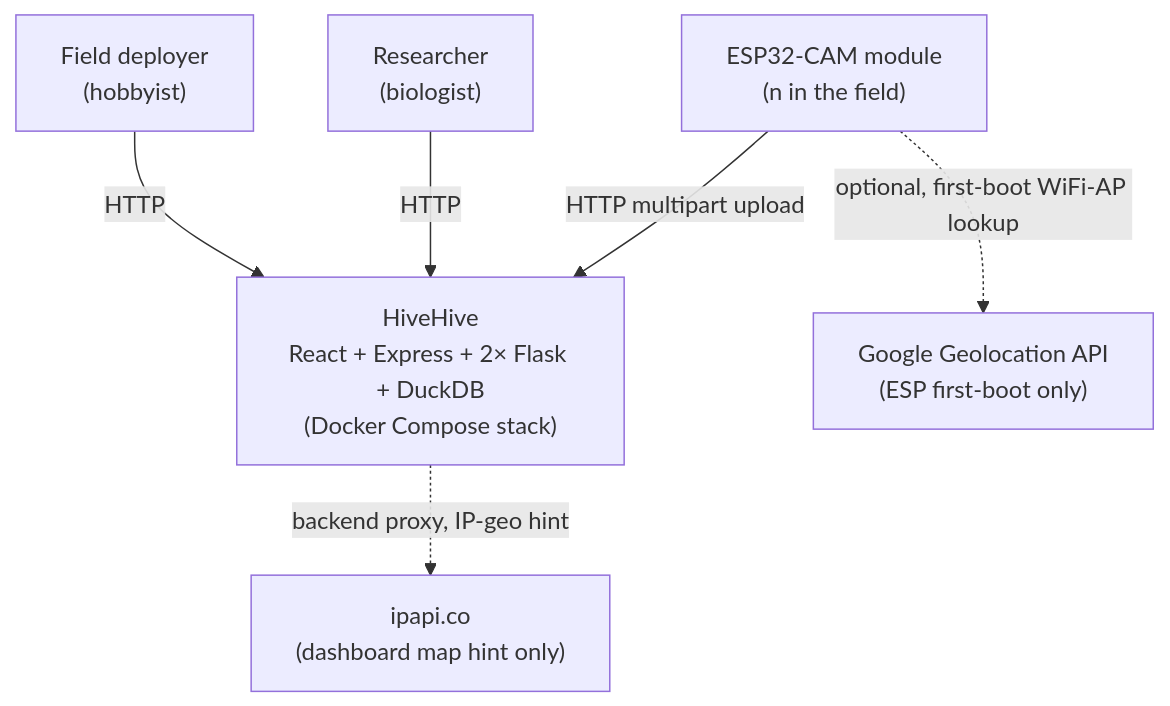
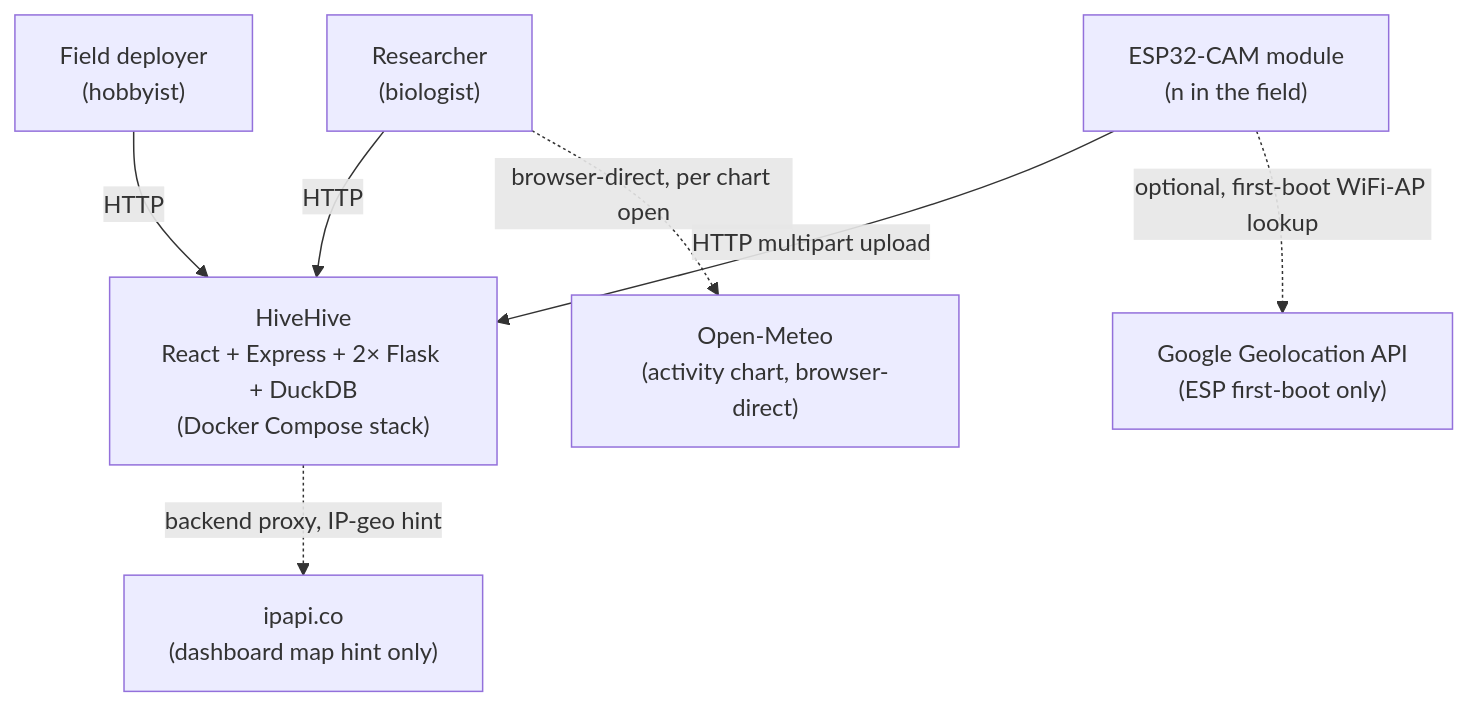
One commit to schutera/highfive changed the diagram in docs/03-context-and-scope/README.md. Above: the diagram before and after it, drawn with Mermaid. The commit also changed other lines of this file and 27 other files, not shown here.

First line of the commit message:
feat: dashboard activity vs weather chart in ModulePanel (#120)

````diff
--- a/docs/03-context-and-scope/README.md
+++ b/docs/03-context-and-scope/README.md
@@ -8,15 +8,17 @@
 ```mermaid
 flowchart TD
     Deployer["Field deployer<br/>(hobbyist)"]
     Researcher["Researcher<br/>(biologist)"]
     HiveHive["HiveHive<br/>React + Express + 2× Flask + DuckDB<br/>(Docker Compose stack)"]
     ESP["ESP32-CAM module<br/>(n in the field)"]
     Geo["Google Geolocation API<br/>(ESP first-boot only)"]
     IpGeo["ipapi.co<br/>(dashboard map hint only)"]
+    OpenMeteo["Open-Meteo<br/>(activity chart, browser-direct)"]
 
     Deployer -->|HTTP| HiveHive
     Researcher -->|HTTP| HiveHive
     ESP -->|HTTP multipart upload| HiveHive
     ESP -.->|optional, first-boot WiFi-AP lookup| Geo
     HiveHive -.->|backend proxy, IP-geo hint| IpGeo
+    Researcher -.->|browser-direct, per chart open| OpenMeteo
 ```
````
